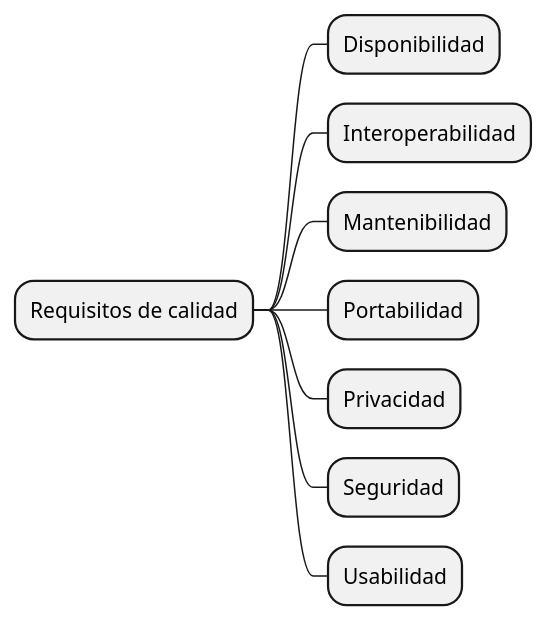
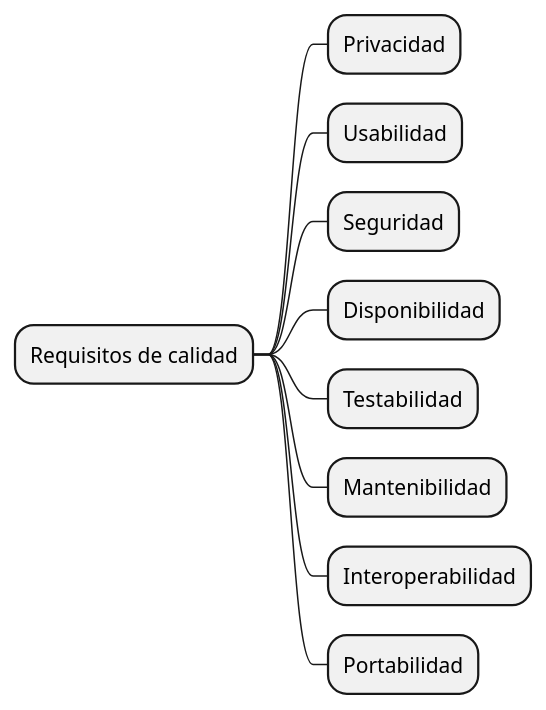
Before and after one commit to Arquisoft/Arquisoft-dede_es_02b: the diagram in docs/10_quality_scenarios.adoc, drawn with PlantUML. The commit also changed other lines of this file and 2 other files, not shown here.

```diff
--- a/docs/10_quality_scenarios.adoc
+++ b/docs/10_quality_scenarios.adoc
@@ -9,15 +9,16 @@
 [plantuml,calidad,png]
 ----
 @startmindmap
 
 * Requisitos de calidad
+** Privacidad
+** Usabilidad
+** Seguridad
 ** Disponibilidad
+** Testabilidad
+** Mantenibilidad
 ** Interoperabilidad
-** Mantenibilidad
 ** Portabilidad
-** Privacidad
-** Seguridad
-** Usabilidad
 
 @endmindmap
 ----
```
